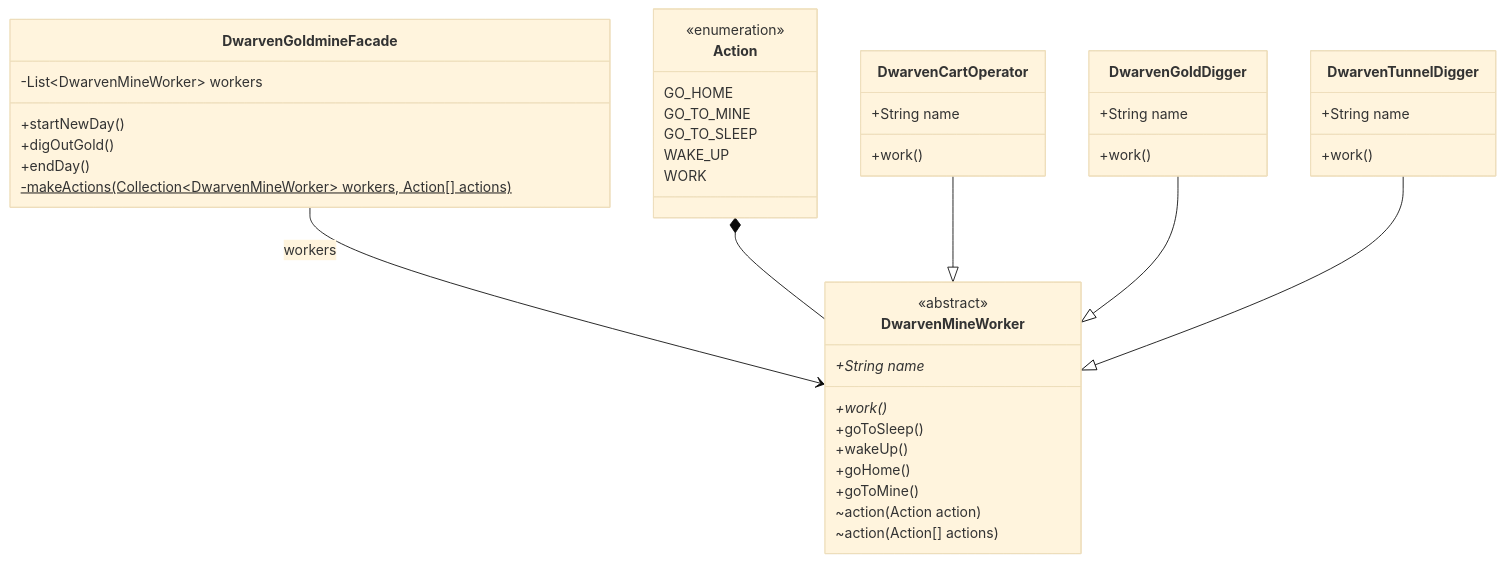
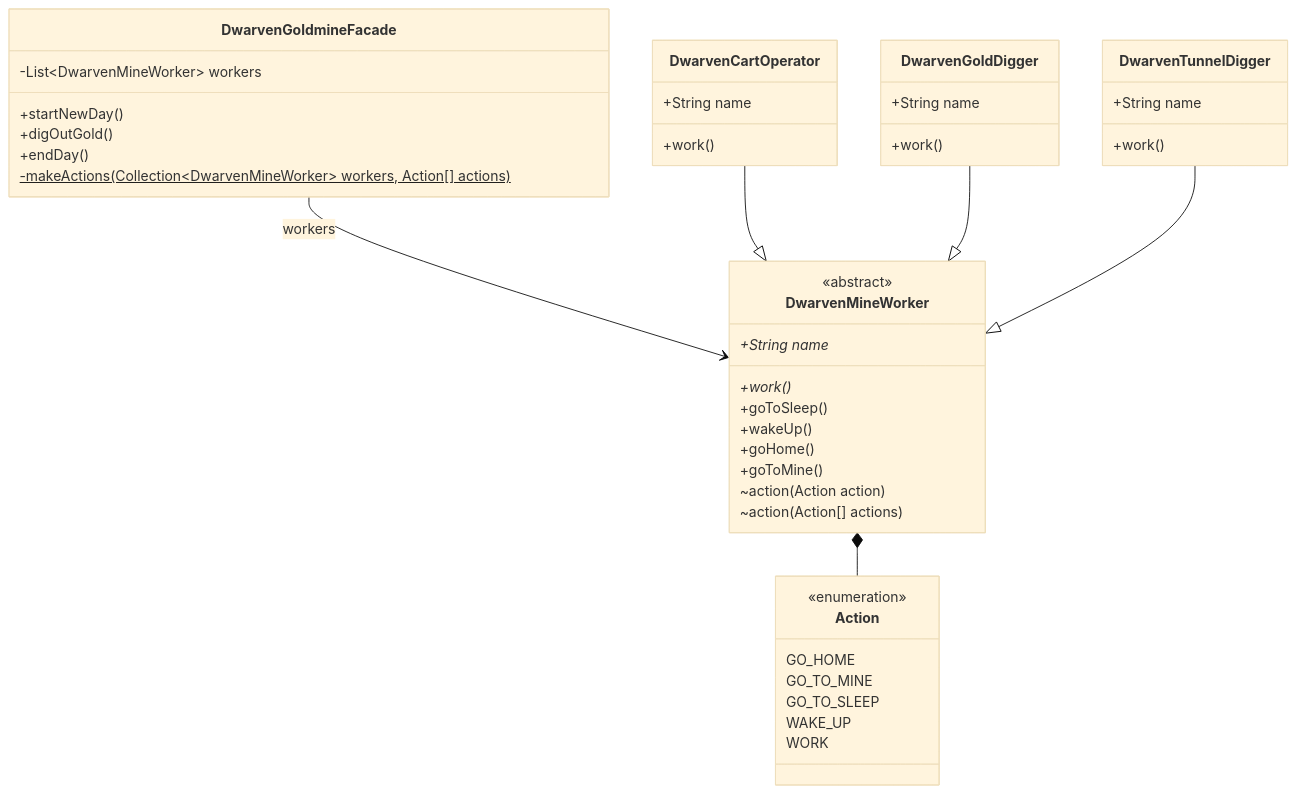
Before and after one commit to yonatankarp/kotlin-design-patterns: the diagram in facade/README.md, drawn with Mermaid (base theme). The commit also changed 8 other files, not shown here.

First line of the commit message:
Fix Mermaid diagrams to match actual Kotlin implementations

````diff
--- a/facade/README.md
+++ b/facade/README.md
@@ -180,46 +180,46 @@
 ```mermaid
 classDiagram
     class DwarvenMineWorker {
         <<abstract>>
         +String name*
         +work()*
         +goToSleep()
         +wakeUp()
         +goHome()
         +goToMine()
         ~action(Action action)
         ~action(Action[] actions)
     }
     class Action {
         <<enumeration>>
         GO_HOME
         GO_TO_MINE
         GO_TO_SLEEP
         WAKE_UP
         WORK
     }
     class DwarvenGoldmineFacade {
         -List~DwarvenMineWorker~ workers
         +startNewDay()
         +digOutGold()
         +endDay()
         -makeActions(Collection~DwarvenMineWorker~ workers, Action[] actions)$
     }
     class DwarvenCartOperator {
         +String name
         +work()
     }
     class DwarvenGoldDigger {
         +String name
         +work()
     }
     class DwarvenTunnelDigger {
         +String name
         +work()
     }
     DwarvenGoldmineFacade --> DwarvenMineWorker : workers
-    Action *-- DwarvenMineWorker
+    DwarvenMineWorker *-- Action
     DwarvenCartOperator --|> DwarvenMineWorker
     DwarvenGoldDigger --|> DwarvenMineWorker
     DwarvenTunnelDigger --|> DwarvenMineWorker
 ```
````
